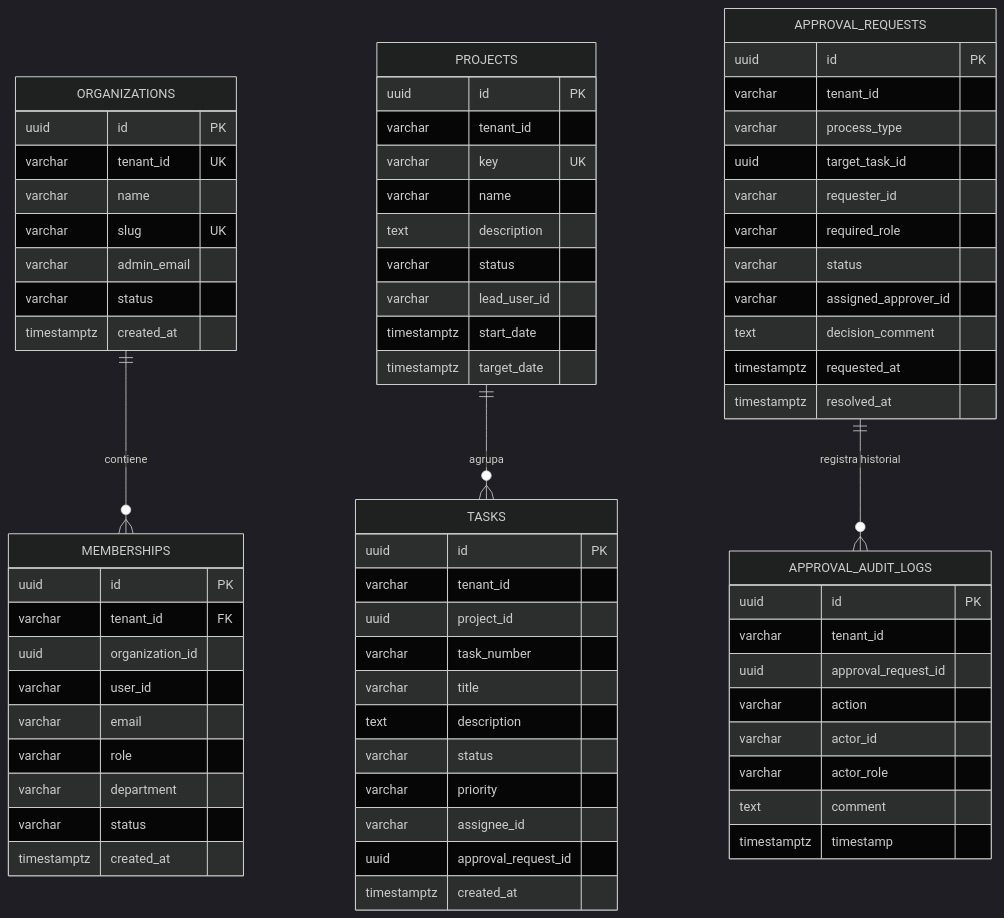
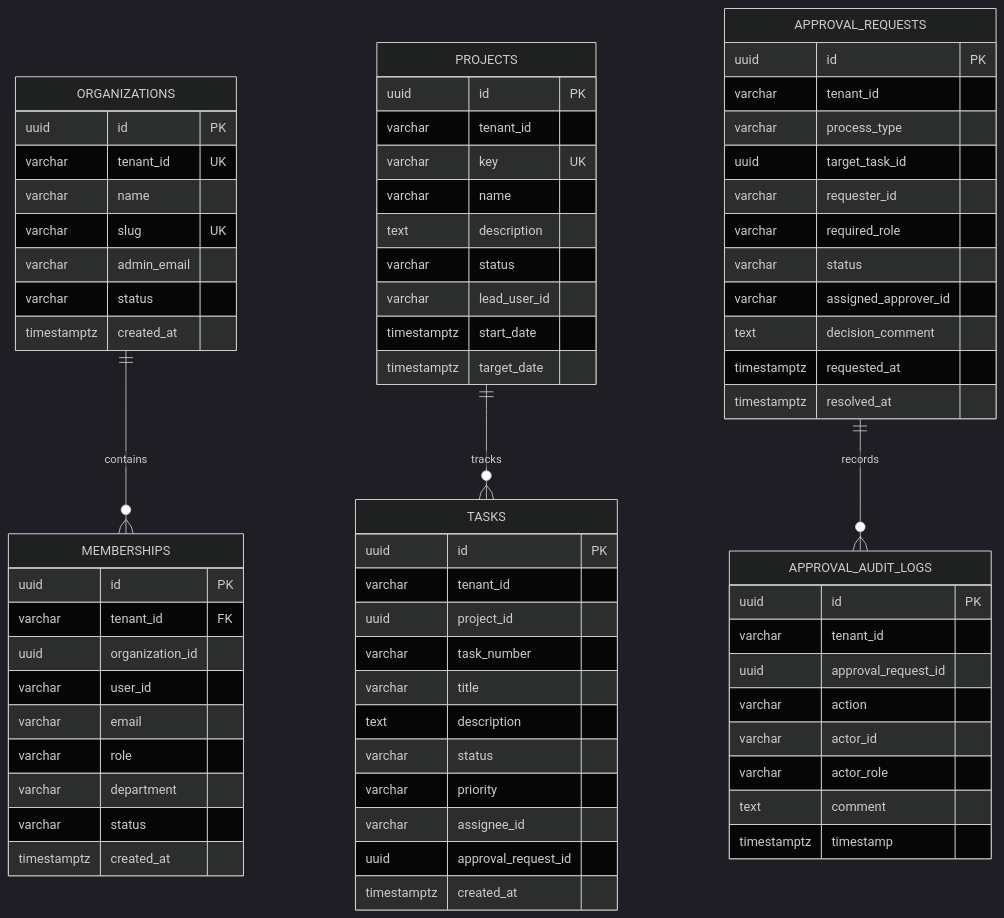
The diagram in 06-data/data-models.md (daniel2004-lsd/worksphere-docs), drawn with Mermaid (dark theme) before and after one commit. The commit also changed other lines of this file and 22 other files, not shown here.

Commit message:
docs(all): complete english enterprise architecture, security policy, non-functional requirements and EcoRuteandoDb liquibase governance (#4)

````diff
--- a/06-data/data-models.md
+++ b/06-data/data-models.md
@@ -13,82 +14,82 @@
 ```mermaid
 erDiagram
     %% TENANT MANAGEMENT DB
     ORGANIZATIONS {
         uuid id PK
         varchar tenant_id UK
         varchar name
         varchar slug UK
         varchar admin_email
         varchar status
         timestamptz created_at
     }
 
     MEMBERSHIPS {
         uuid id PK
         varchar tenant_id FK
         uuid organization_id
         varchar user_id
         varchar email
         varchar role
         varchar department
         varchar status
         timestamptz created_at
     }
 
     %% WORKSPACE CONTEXT DB
     PROJECTS {
         uuid id PK
         varchar tenant_id
         varchar key UK
         varchar name
         text description
         varchar status
         varchar lead_user_id
         timestamptz start_date
         timestamptz target_date
     }
 
     TASKS {
         uuid id PK
         varchar tenant_id
         uuid project_id
         varchar task_number
         varchar title
         text description
         varchar status
         varchar priority
         varchar assignee_id
         uuid approval_request_id
         timestamptz created_at
     }
 
     %% WORKFLOW CONTEXT DB
     APPROVAL_REQUESTS {
         uuid id PK
         varchar tenant_id
         varchar process_type
         uuid target_task_id
         varchar requester_id
         varchar required_role
         varchar status
         varchar assigned_approver_id
         text decision_comment
         timestamptz requested_at
         timestamptz resolved_at
     }
 
     APPROVAL_AUDIT_LOGS {
         uuid id PK
         varchar tenant_id
         uuid approval_request_id
         varchar action
         varchar actor_id
         varchar actor_role
         text comment
         timestamptz timestamp
     }
 
-    ORGANIZATIONS ||--o{ MEMBERSHIPS : "contiene"
-    PROJECTS ||--o{ TASKS : "agrupa"
-    APPROVAL_REQUESTS ||--o{ APPROVAL_AUDIT_LOGS : "registra historial"
+    ORGANIZATIONS ||--o{ MEMBERSHIPS : "contains"
+    PROJECTS ||--o{ TASKS : "tracks"
+    APPROVAL_REQUESTS ||--o{ APPROVAL_AUDIT_LOGS : "records"
 ```
````
